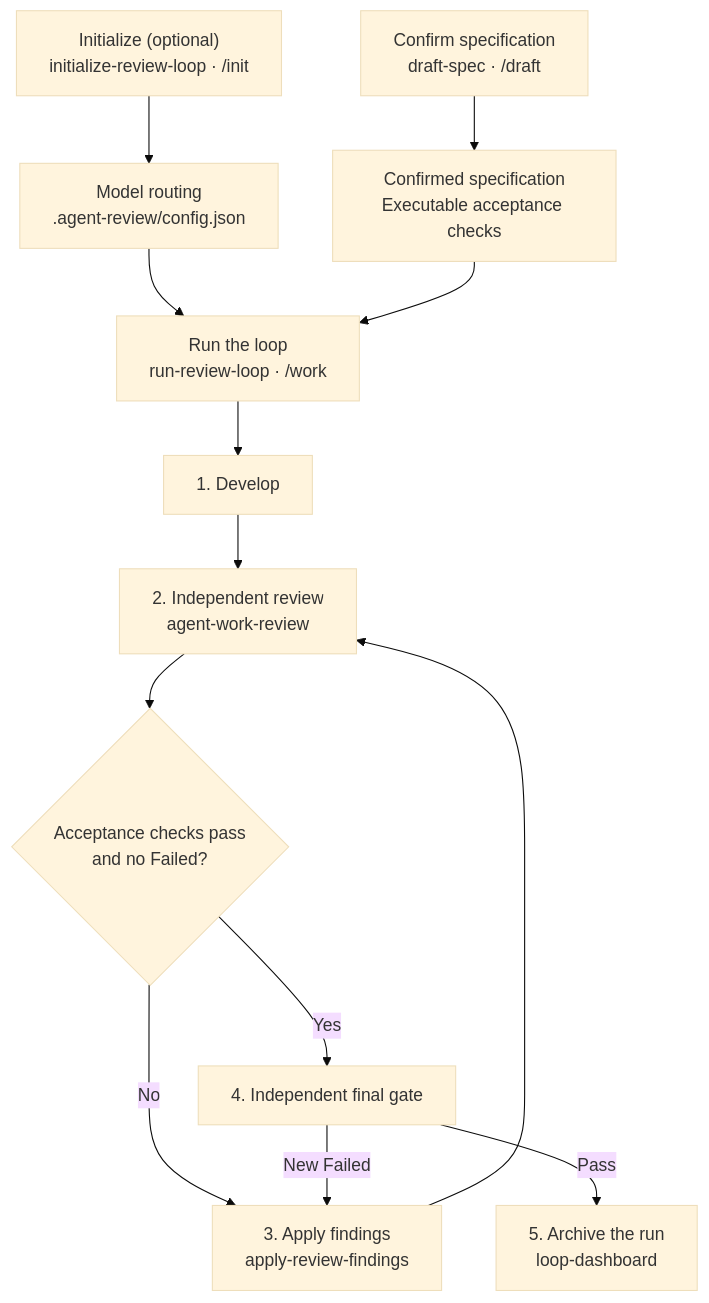
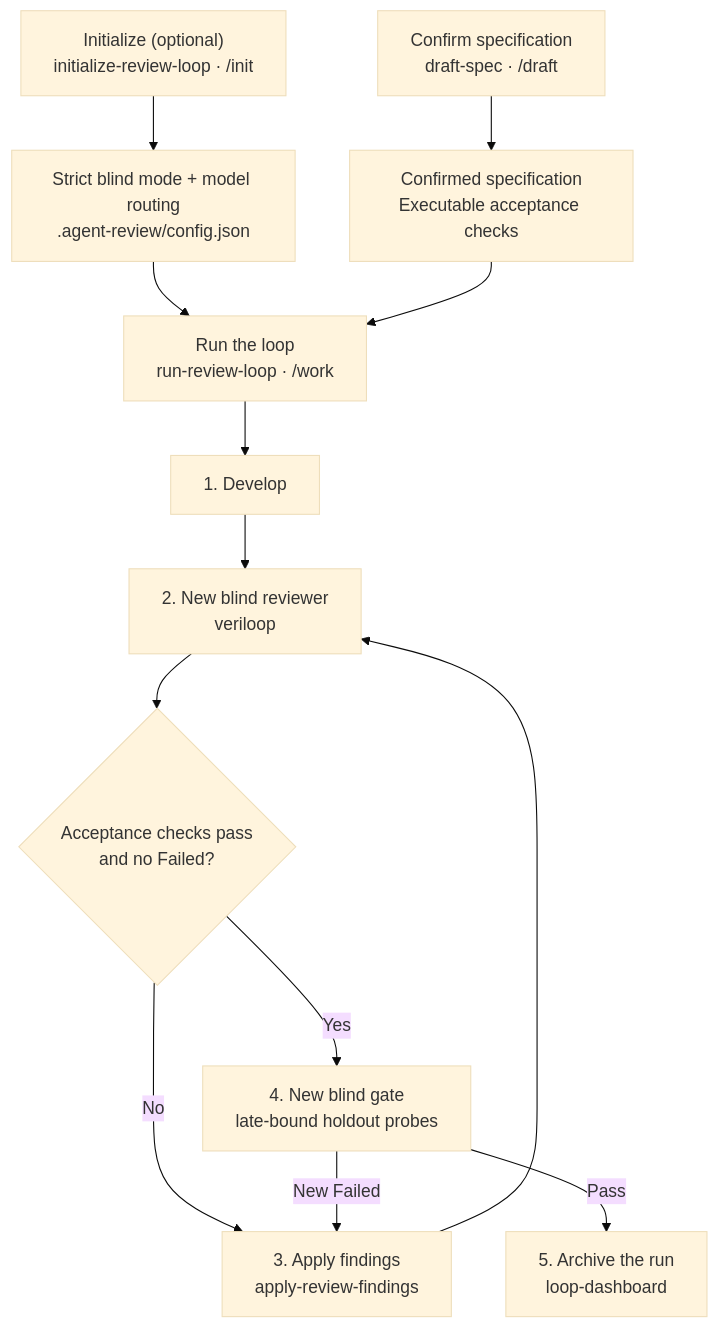
The diagram in README.md (bgun42/review-on-loop), drawn with Mermaid (base theme) before and after one commit. The commit also changed other lines of this file and 24 other files, not shown here.

Commit message:
feat: add strict blind gates to Veriloop

````diff
--- a/README.md
+++ b/README.md
@@ -11,15 +11,15 @@
 ```mermaid
 flowchart TD
-    Init["Initialize (optional)<br/>initialize-review-loop · /init"] --> State["Model routing<br/>.agent-review/config.json"]
+    Init["Initialize (optional)<br/>initialize-review-loop · /init"] --> State["Strict blind mode + model routing<br/>.agent-review/config.json"]
     Draft["Confirm specification<br/>draft-spec · /draft"] --> Spec["Confirmed specification<br/>Executable acceptance checks"]
     State --> Run["Run the loop<br/>run-review-loop · /work"]
     Spec --> Run
     Run --> Develop["1. Develop"]
-    Develop --> Review["2. Independent review<br/>agent-work-review"]
+    Develop --> Review["2. New blind reviewer<br/>veriloop"]
     Review --> Decision{"Acceptance checks pass<br/>and no Failed?"}
     Decision -- "No" --> Fix["3. Apply findings<br/>apply-review-findings"]
     Fix --> Review
-    Decision -- "Yes" --> Gate["4. Independent final gate"]
+    Decision -- "Yes" --> Gate["4. New blind gate<br/>late-bound holdout probes"]
     Gate -- "New Failed" --> Fix
     Gate -- "Pass" --> Archive["5. Archive the run<br/>loop-dashboard"]
 ```
````
